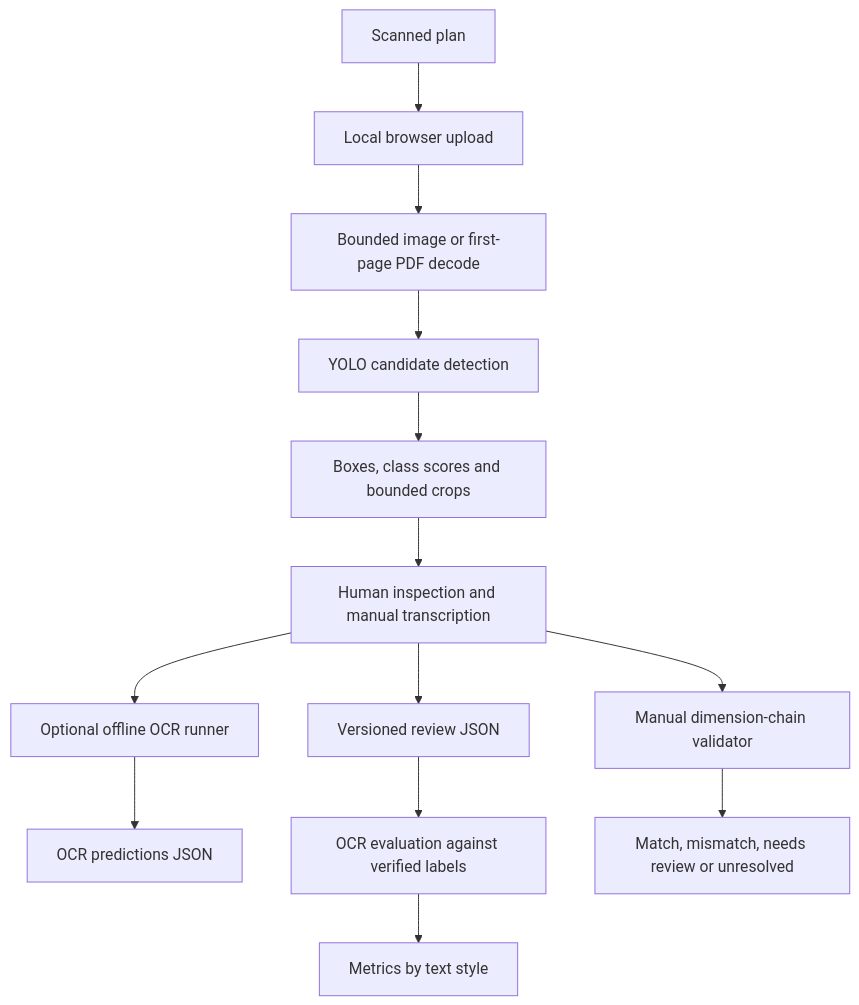
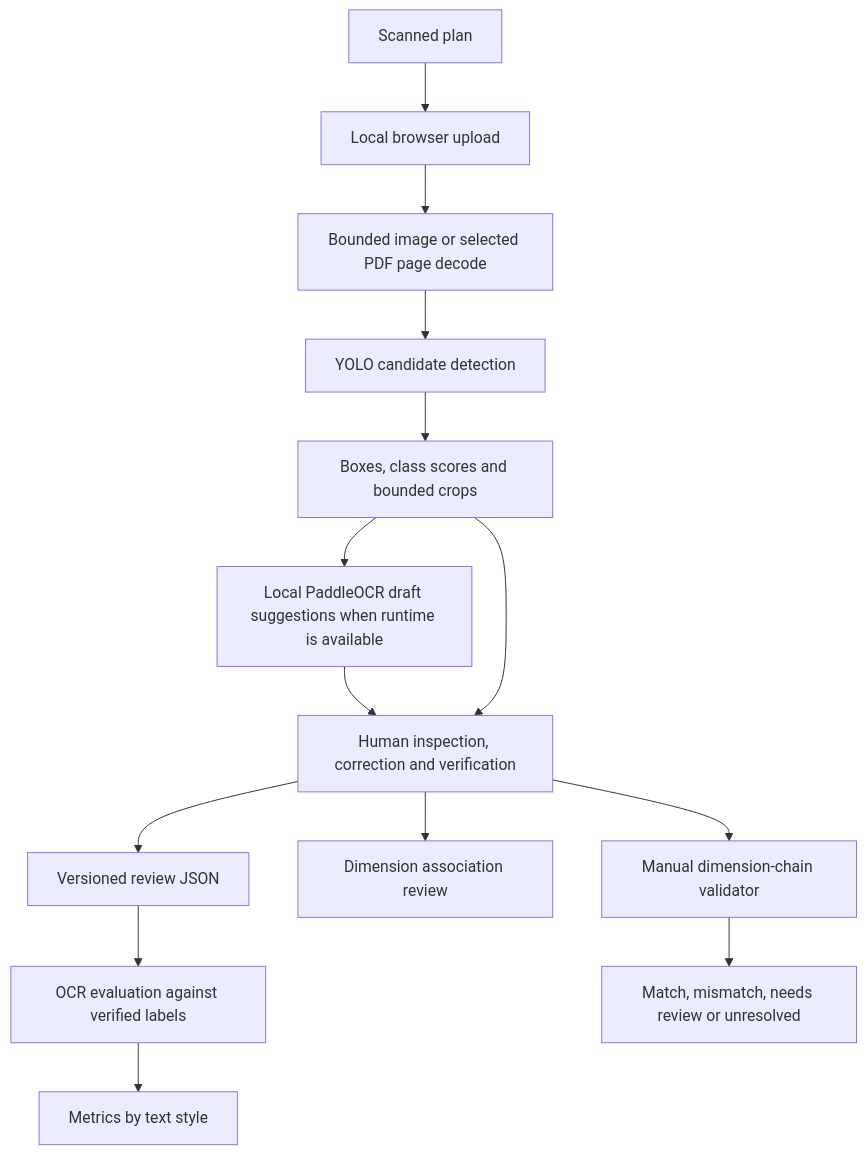
The diagram in docs/ARCHITECTURE.md (marlucool/floorplan-digitizer), drawn with Mermaid before and after one commit. The commit also changed other lines of this file, not shown here.

Commit message:
docs: refresh architecture status for current OCR workflow

````diff
--- a/docs/ARCHITECTURE.md
+++ b/docs/ARCHITECTURE.md
@@ -35,15 +35,16 @@
 ```mermaid
 flowchart TD
   A[Scanned plan] --> B[Local browser upload]
-  B --> C[Bounded image or first-page PDF decode]
+  B --> C[Bounded image or selected PDF page decode]
   C --> D[YOLO candidate detection]
   D --> E[Boxes, class scores and bounded crops]
-  E --> F[Human inspection and manual transcription]
-  F --> G[Versioned review JSON]
-  F --> H[Optional offline OCR runner]
-  H --> I[OCR predictions JSON]
-  G --> J[OCR evaluation against verified labels]
-  J --> K[Metrics by text style]
-  F --> L[Manual dimension-chain validator]
+  E --> F[Local PaddleOCR draft suggestions when runtime is available]
+  F --> G[Human inspection, correction and verification]
+  E --> G
+  G --> H[Versioned review JSON]
+  H --> I[OCR evaluation against verified labels]
+  I --> J[Metrics by text style]
+  G --> K[Dimension association review]
+  G --> L[Manual dimension-chain validator]
   L --> M[Match, mismatch, needs review or unresolved]
 ```
````
